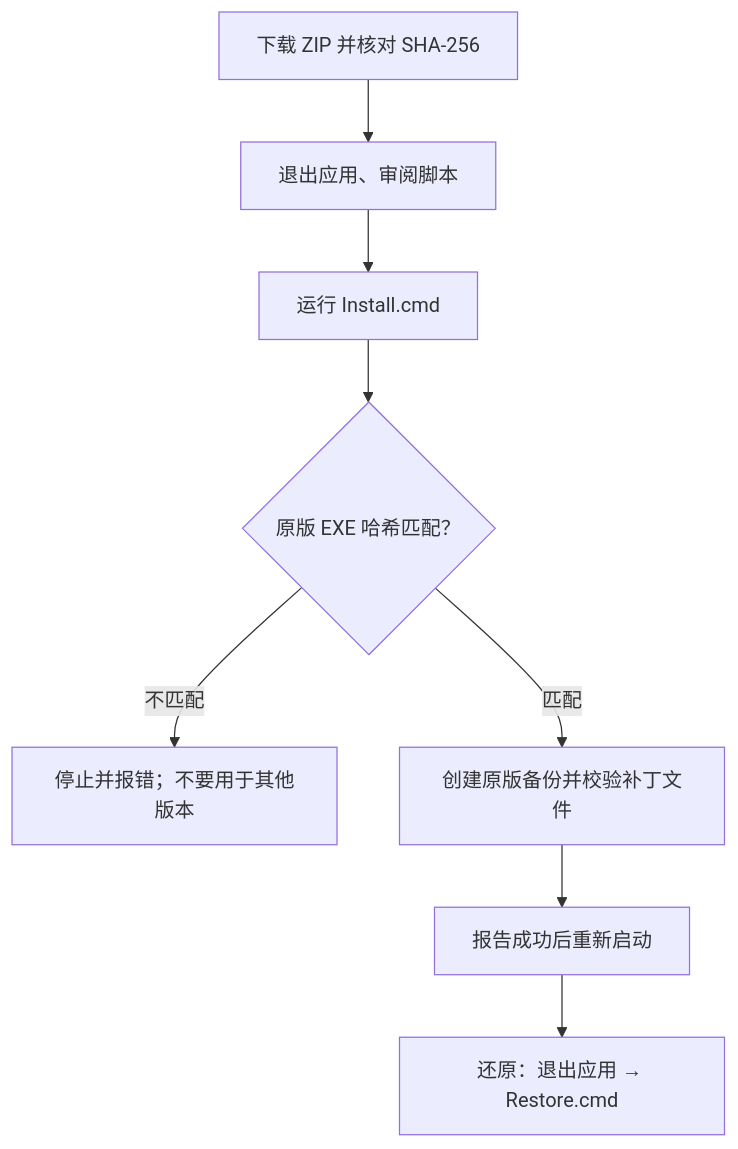
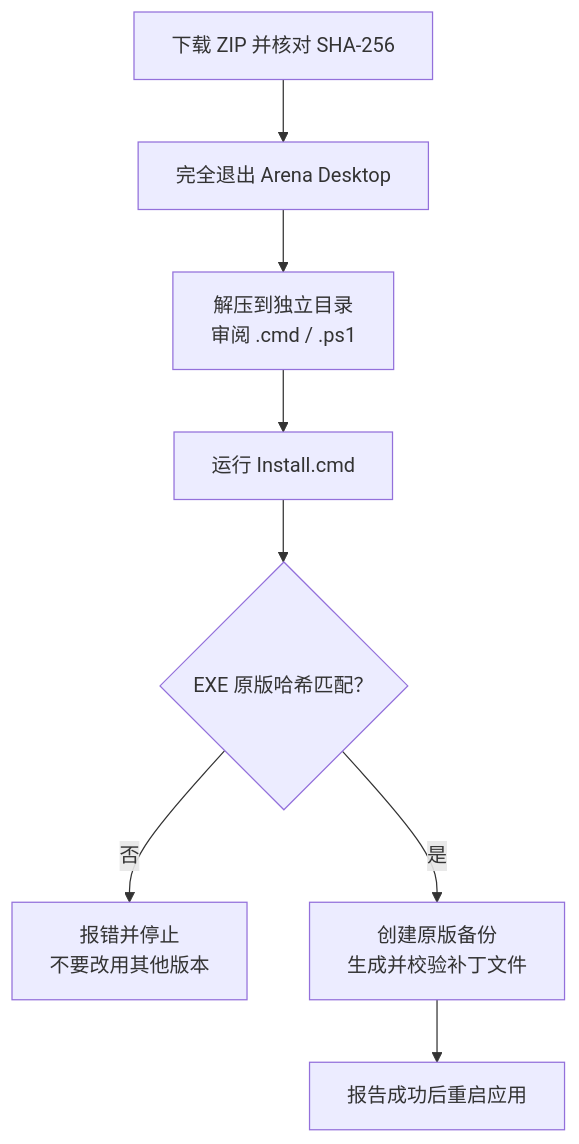
One commit to Denxer6/arena-desktop-1.6.0-zh-cn changed the second of 3 diagrams in README.md. Above: the diagram before and after it, drawn with Mermaid. The commit also changed other lines of this file and 1 other file, not shown here.

````diff
--- a/README.md
+++ b/README.md
@@ -42,10 +78,10 @@
 ```mermaid
 flowchart TD
-    A["下载 ZIP 并核对 SHA-256"] --> B["退出应用、审阅脚本"]
-    B --> C["运行 Install.cmd"]
-    C --> D{"原版 EXE 哈希匹配？"}
-    D -- "不匹配" --> E["停止并报错；不要用于其他版本"]
-    D -- "匹配" --> F["创建原版备份并校验补丁文件"]
-    F --> G["报告成功后重新启动"]
-    G --> H["还原：退出应用 → Restore.cmd"]
+    A["下载 ZIP 并核对 SHA-256"] --> B["完全退出 Arena Desktop"]
+    B --> C["解压到独立目录<br/>审阅 .cmd / .ps1"]
+    C --> D["运行 Install.cmd"]
+    D --> E{"EXE 原版哈希匹配？"}
+    E -- "否" --> X["报错并停止<br/>不要改用其他版本"]
+    E -- "是" --> F["创建原版备份<br/>生成并校验补丁文件"]
+    F --> G["报告成功后重启应用"]
 ```
````
